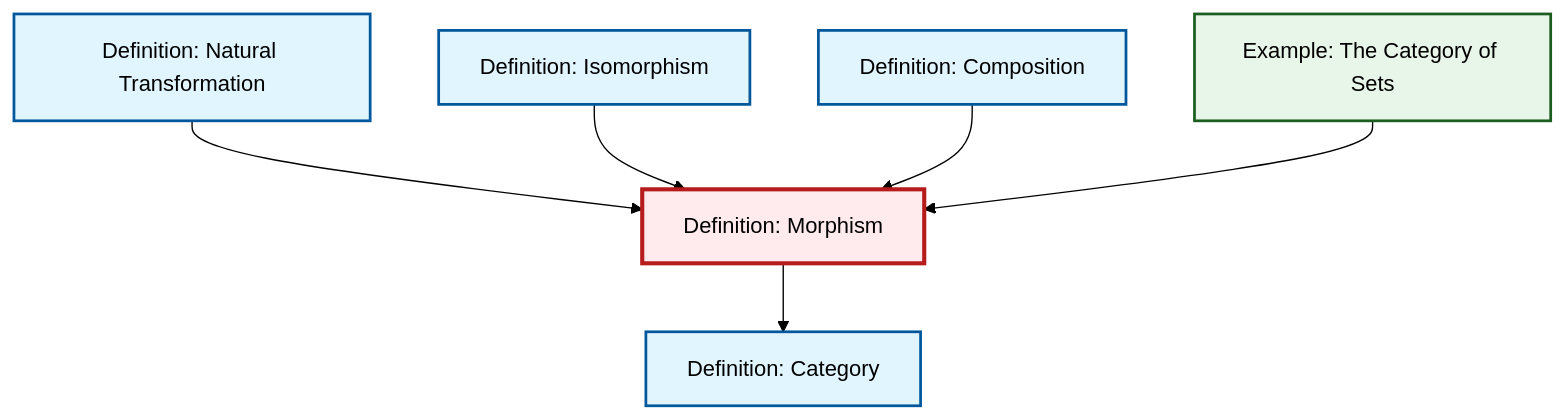
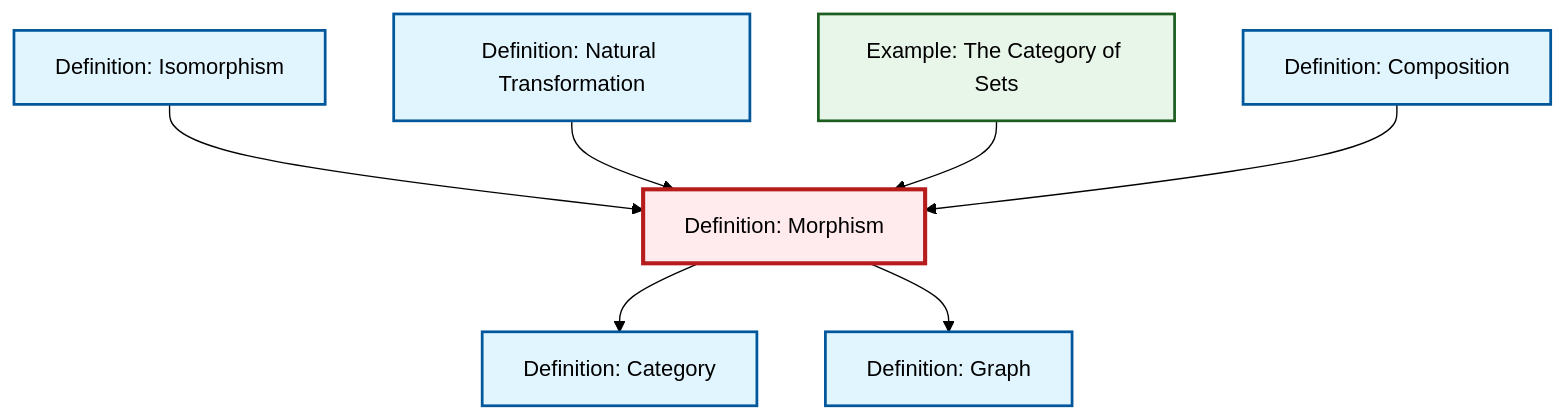
Before and after one commit to RK0429/ModernMath: the diagram in content/ja/category-theory/def-morphism.qmd, drawn with Mermaid (forest theme). The commit also changed 434 other files, not shown here.

````diff
--- a/content/ja/category-theory/def-morphism.qmd
+++ b/content/ja/category-theory/def-morphism.qmd
@@ -57,26 +57,29 @@
 ```{mermaid}
 %%| fig-cap: "Local dependency graph"
 graph TD
     classDef definition fill:#e1f5fe,stroke:#01579b,stroke-width:2px
     classDef theorem fill:#f3e5f5,stroke:#4a148c,stroke-width:2px
     classDef axiom fill:#fff3e0,stroke:#e65100,stroke-width:2px
     classDef example fill:#e8f5e9,stroke:#1b5e20,stroke-width:2px
     classDef current fill:#ffebee,stroke:#b71c1c,stroke-width:3px
+    def-morphism["Definition: Morphism"]:::definition
+    ex-set-category["Example: The Category of Sets"]:::example
+    def-category["Definition: Category"]:::definition
+    def-graph["Definition: Graph"]:::definition
+    def-composition["Definition: Composition"]:::definition
     def-natural-transformation["Definition: Natural Transformation"]:::definition
-    def-category["Definition: Category"]:::definition
-    def-morphism["Definition: Morphism"]:::definition
-    def-composition["Definition: Composition"]:::definition
     def-isomorphism["Definition: Isomorphism"]:::definition
-    ex-set-category["Example: The Category of Sets"]:::example
+    def-morphism --> def-category
+    def-morphism --> def-graph
+    def-isomorphism --> def-morphism
     def-natural-transformation --> def-morphism
-    def-isomorphism --> def-morphism
+    ex-set-category --> def-morphism
     def-composition --> def-morphism
-    def-morphism --> def-category
-    ex-set-category --> def-morphism
     class def-morphism current
+    click ex-set-category "ex-set-category.html" "Example: The Category of Setsへ"
+    click def-category "def-category.html" "Definition: Categoryへ"
+    click def-graph "def-graph.html" "Definition: Graphへ"
+    click def-composition "def-composition.html" "Definition: Compositionへ"
     click def-natural-transformation "def-natural-transformation.html" "Definition: Natural Transformationへ"
-    click def-category "def-category.html" "Definition: Categoryへ"
-    click def-composition "def-composition.html" "Definition: Compositionへ"
     click def-isomorphism "def-isomorphism.html" "Definition: Isomorphismへ"
-    click ex-set-category "ex-set-category.html" "Example: The Category of Setsへ"
 ```
````
